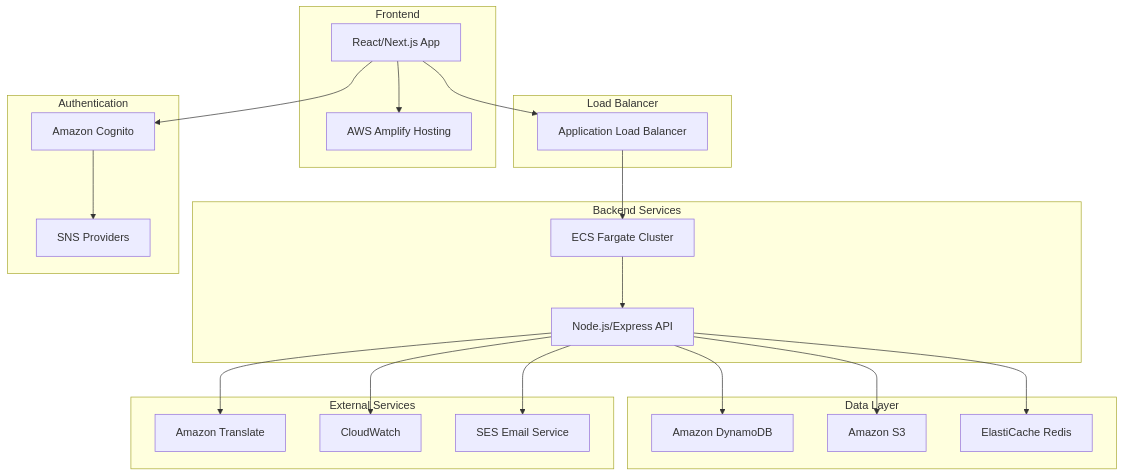
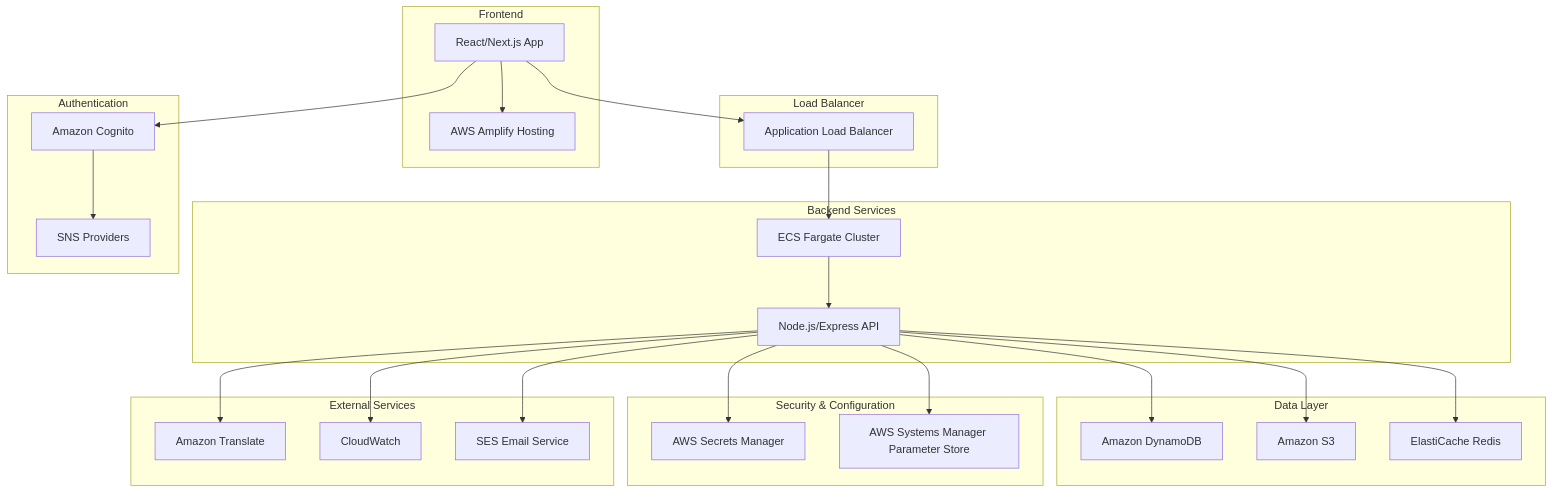
The diagram in .kiro/specs/multilingual-aws-community/design.md (hatahata021/project-IHK), drawn with Mermaid before and after one commit. The commit also changed other lines of this file and 7 other files, not shown here.

First line of the commit message:
Update specs with AWS Secrets Manager and mandatory git-secrets

````diff
--- a/.kiro/specs/multilingual-aws-community/design.md
+++ b/.kiro/specs/multilingual-aws-community/design.md
@@ -11,46 +11,53 @@
 ```mermaid
 graph TB
     subgraph "Frontend"
         A[React/Next.js App]
         B[AWS Amplify Hosting]
     end
     
     subgraph "Load Balancer"
         C[Application Load Balancer]
     end
     
     subgraph "Backend Services"
         D[ECS Fargate Cluster]
         E[Node.js/Express API]
     end
     
     subgraph "Authentication"
         F[Amazon Cognito]
         G[SNS Providers]
     end
     
     subgraph "Data Layer"
         H[Amazon DynamoDB]
         I[Amazon S3]
         J[ElastiCache Redis]
     end
     
+    subgraph "Security & Configuration"
+        N[AWS Secrets Manager]
+        O[AWS Systems Manager Parameter Store]
+    end
+    
     subgraph "External Services"
         K[Amazon Translate]
         L[CloudWatch]
         M[SES Email Service]
     end
     
     A --> B
     A --> C
     C --> D
     D --> E
     E --> H
     E --> I
     E --> J
     E --> K
+    E --> N
+    E --> O
     A --> F
     F --> G
     E --> M
     E --> L
 ```
````
